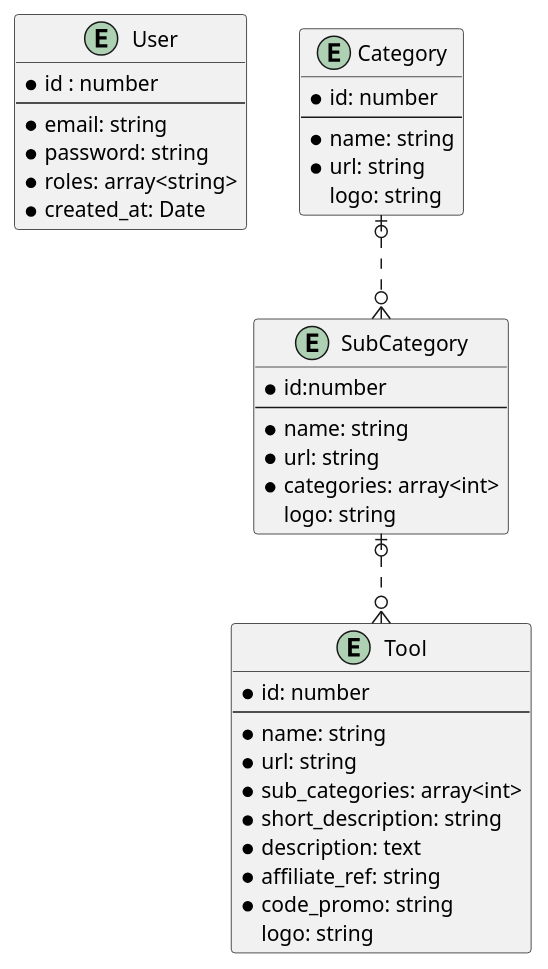
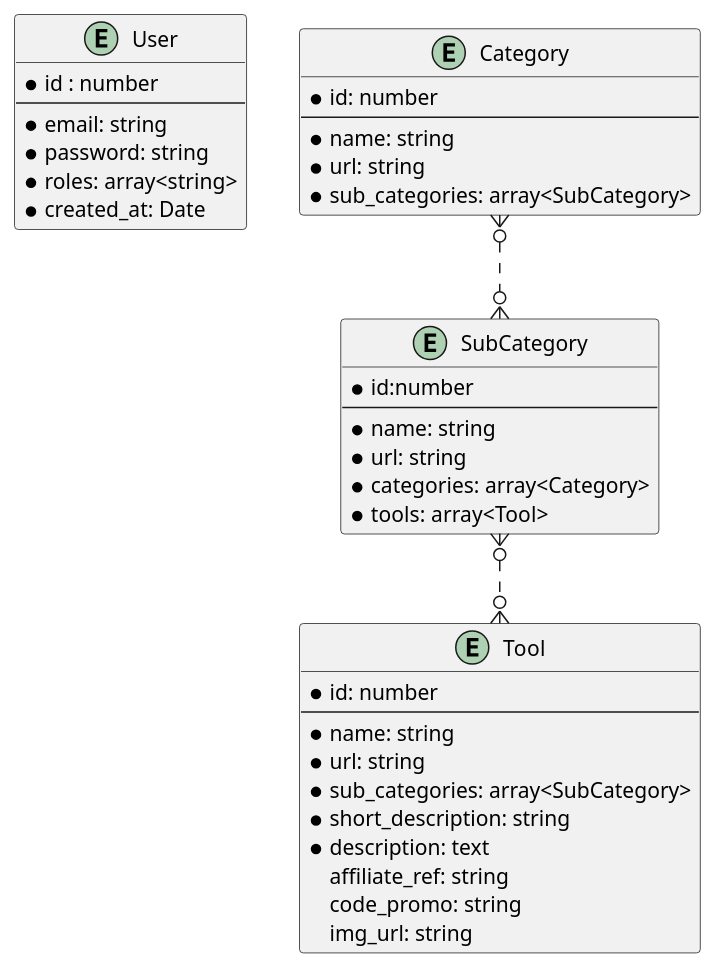
One commit to AlexisChup/digiwiki changed the diagram in digiwiki.iuml. Above: the diagram before and after it, drawn with PlantUML. The commit also changed 3 other files, not shown here.

Commit message:
Add imgUrl into Tool entity

```diff
--- a/digiwiki.iuml
+++ b/digiwiki.iuml
@@ -1,43 +1,43 @@
 @startuml
 entity User {
   *id : number
   --
   *email: string
   *password: string
   *roles: array<string>
   *created_at: Date
 }
 
 entity "Category" as c01 {
   *id: number
   --
   *name: string
   *url: string
-  logo: string
+  *sub_categories: array<SubCategory>
 }
 
 entity "SubCategory" as sc02 {
   *id:number
   --
   *name: string
   *url: string
-  *categories: array<int>
-  logo: string
+  *categories: array<Category>
+  *tools: array<Tool>
 }
 
 entity "Tool" as t03 {
   *id: number
   --
   *name: string
   *url: string
-  *sub_categories: array<int>
+  *sub_categories: array<SubCategory>
   *short_description: string
   *description: text
-  *affiliate_ref: string
-  *code_promo: string
-  logo: string
+  affiliate_ref: string
+  code_promo: string
+  img_url: string
 }
 
-c01 |o..o{  sc02
-sc02 |o..o{  t03
+c01 }o..o{  sc02
+sc02 }o..o{  t03
 @enduml
```
